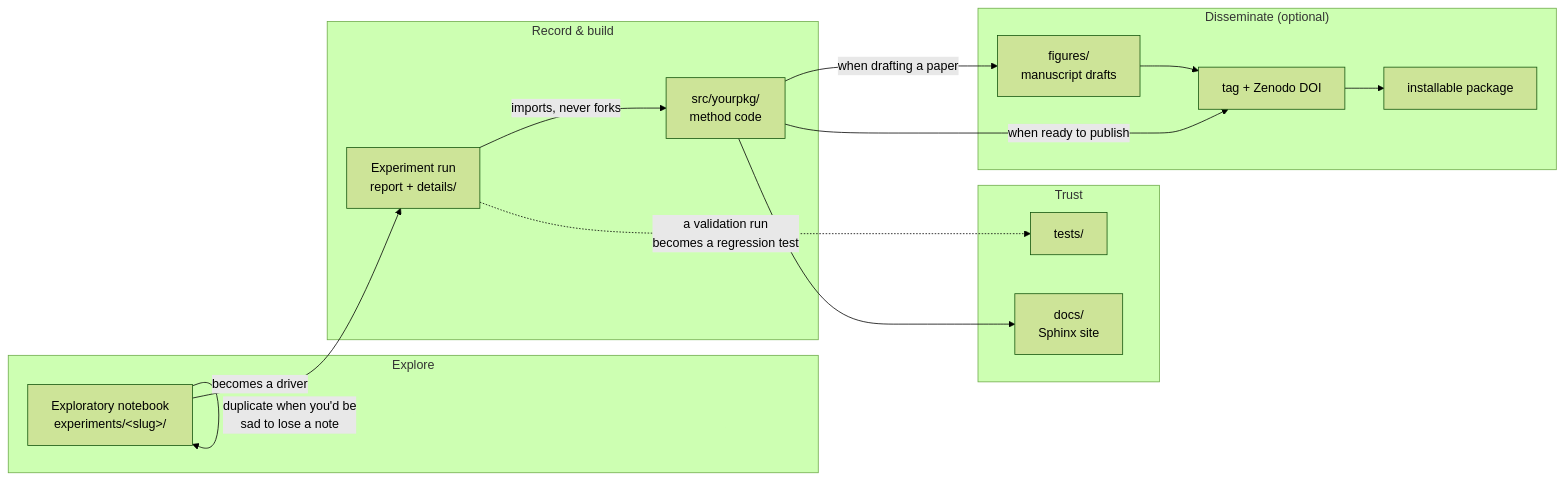
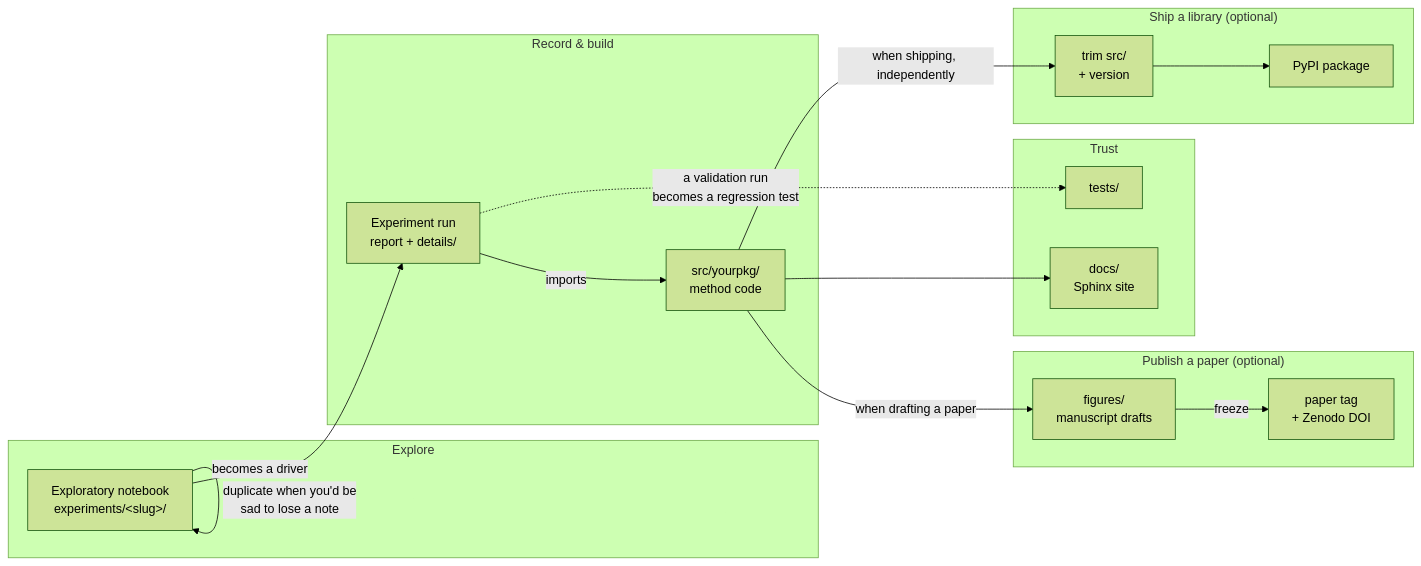
The diagram in repo_kit/STANDARD.md (DENNIS-QD-Lab/research-software-field-guide), drawn with Mermaid (forest theme) before and after one commit. The commit also changed other lines of this file and 4 other files, not shown here.

````diff
--- a/repo_kit/STANDARD.md
+++ b/repo_kit/STANDARD.md
@@ -146,29 +152,32 @@
 ```mermaid
 flowchart LR
     subgraph Explore
         NB["Exploratory notebook<br>experiments/&lt;slug&gt;/"]
     end
     subgraph "Record & build"
         EXP["Experiment run<br>report + details/"]
         SRC["src/yourpkg/<br>method code"]
     end
     subgraph Trust
         TEST[tests/]
         DOC["docs/<br>Sphinx site"]
     end
-    subgraph "Disseminate (optional)"
+    subgraph "Publish a paper (optional)"
         FIG["figures/<br>manuscript drafts"]
-        TAG["tag + Zenodo DOI"]
-        PKG[installable package]
+        PAPERTAG["paper tag<br>+ Zenodo DOI"]
+    end
+    subgraph "Ship a library (optional)"
+        TRIM["trim src/<br>+ version"]
+        PKG[PyPI package]
     end
 
     NB -->|"duplicate when you'd be<br>sad to lose a note"| NB
     NB -->|becomes a driver| EXP
-    EXP -->|"imports, never forks"| SRC
+    EXP -->|imports| SRC
     SRC --> DOC
     EXP -.->|"a validation run<br>becomes a regression test"| TEST
     SRC -->|"when drafting a paper"| FIG
-    FIG --> TAG
-    SRC -->|"when ready to publish"| TAG
-    TAG --> PKG
+    FIG -->|freeze| PAPERTAG
+    SRC -->|"when shipping, independently"| TRIM
+    TRIM --> PKG
 ```
````
